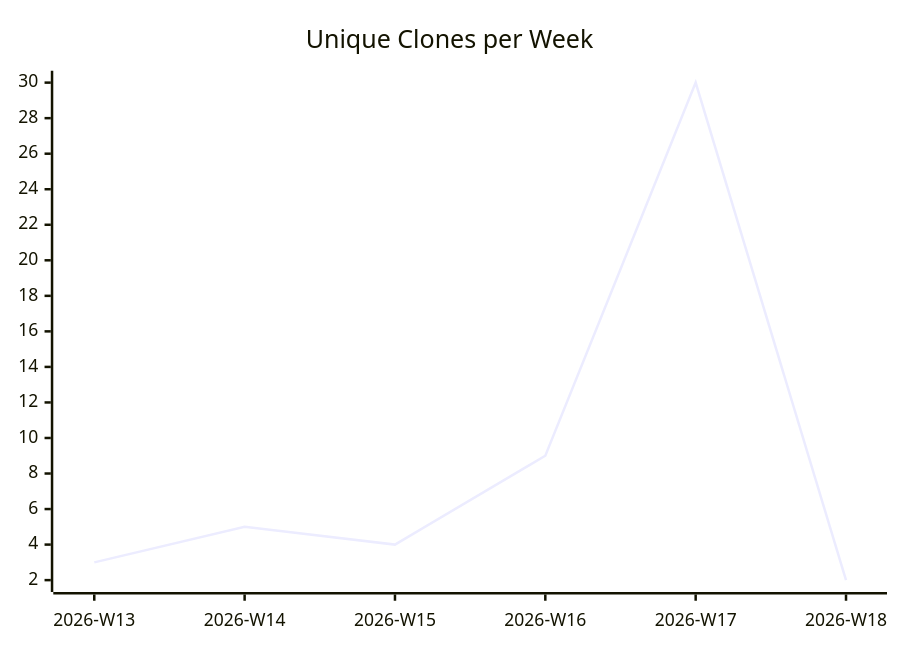
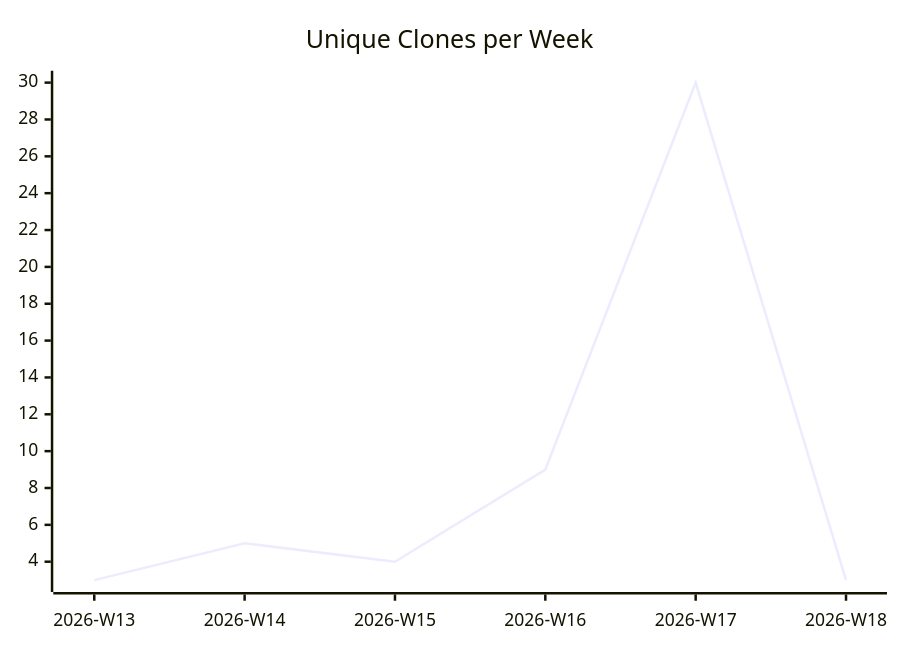
The third of 3 diagrams in karlmdavis/dotfiles/README.md (justdavis-family/github-analytics-data), drawn with Mermaid before and after one commit. The commit also changed other lines of this file and 187 other files, not shown here.

````diff
--- a/karlmdavis/dotfiles/README.md
+++ b/karlmdavis/dotfiles/README.md
@@ -19,6 +19,6 @@
 ```mermaid
 xychart-beta
   title "Unique Clones per Week"
   x-axis ["2026-W13", "2026-W14", "2026-W15", "2026-W16", "2026-W17", "2026-W18"]
-  line [3, 5, 4, 9, 30, 2]
+  line [3, 5, 4, 9, 30, 3]
 ```
````
